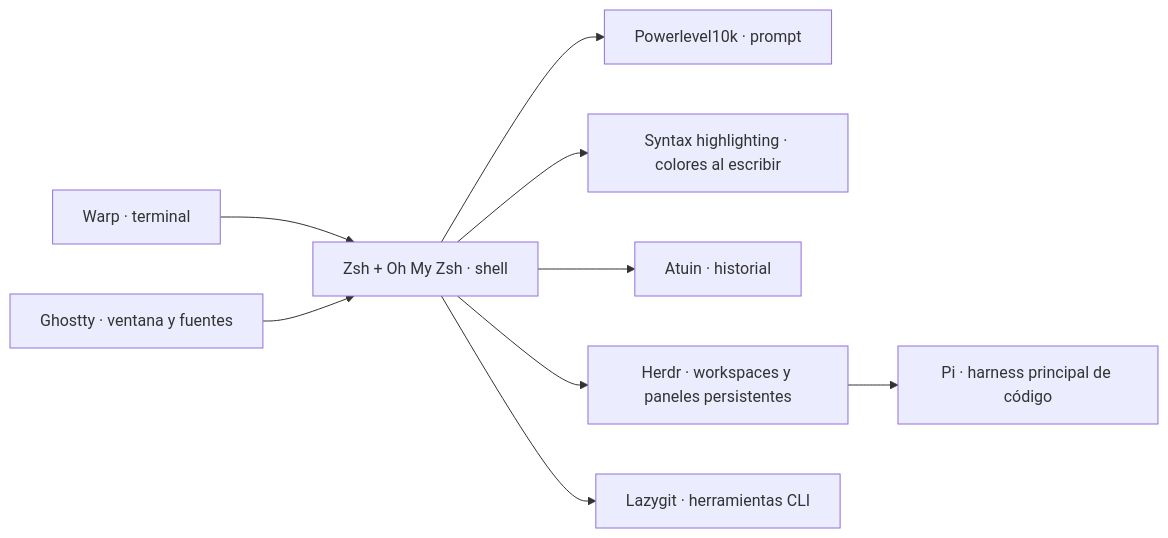
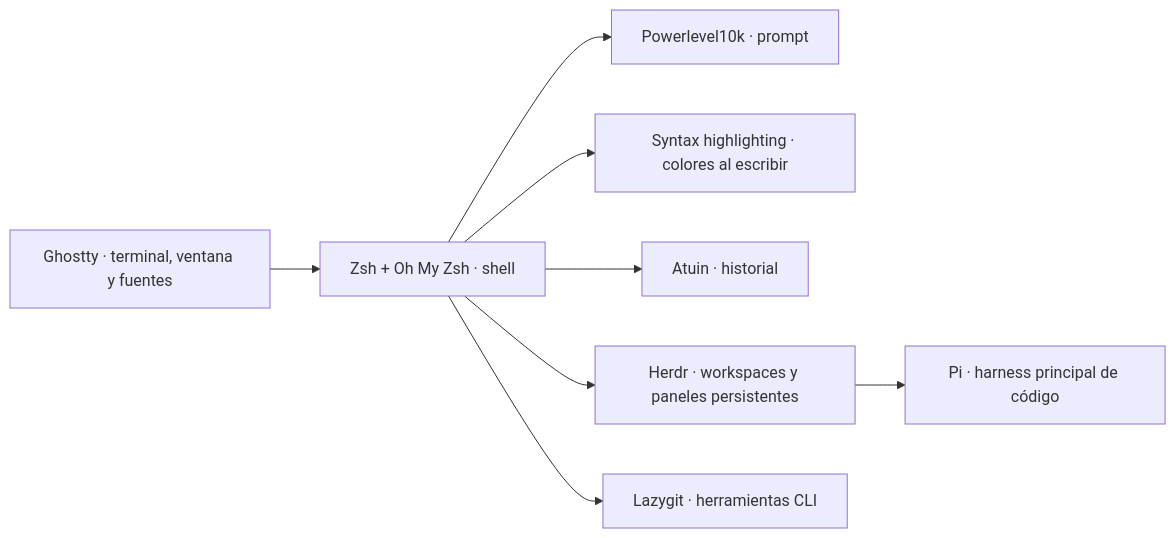
One commit to rtovardev/dotfiles changed the diagram in README.md. Above: the diagram before and after it, drawn with Mermaid. The commit also changed other lines of this file and 4 other files, not shown here.

Commit message:
Use Ghostty as the only terminal in documented stack

````diff
--- a/README.md
+++ b/README.md
@@ -13,11 +13,10 @@
 ```mermaid
 flowchart LR
-  Warp[Warp · terminal] --> Zsh[Zsh + Oh My Zsh · shell]
-  Ghostty[Ghostty · ventana y fuentes] --> Zsh
+  Ghostty[Ghostty · terminal, ventana y fuentes] --> Zsh[Zsh + Oh My Zsh · shell]
   Zsh --> P10k[Powerlevel10k · prompt]
   Zsh --> Highlight[Syntax highlighting · colores al escribir]
   Zsh --> Atuin[Atuin · historial]
   Zsh --> Herdr[Herdr · workspaces y paneles persistentes]
   Herdr --> Pi[Pi · harness principal de código]
   Zsh --> Tools[Lazygit · herramientas CLI]
 ```
````
